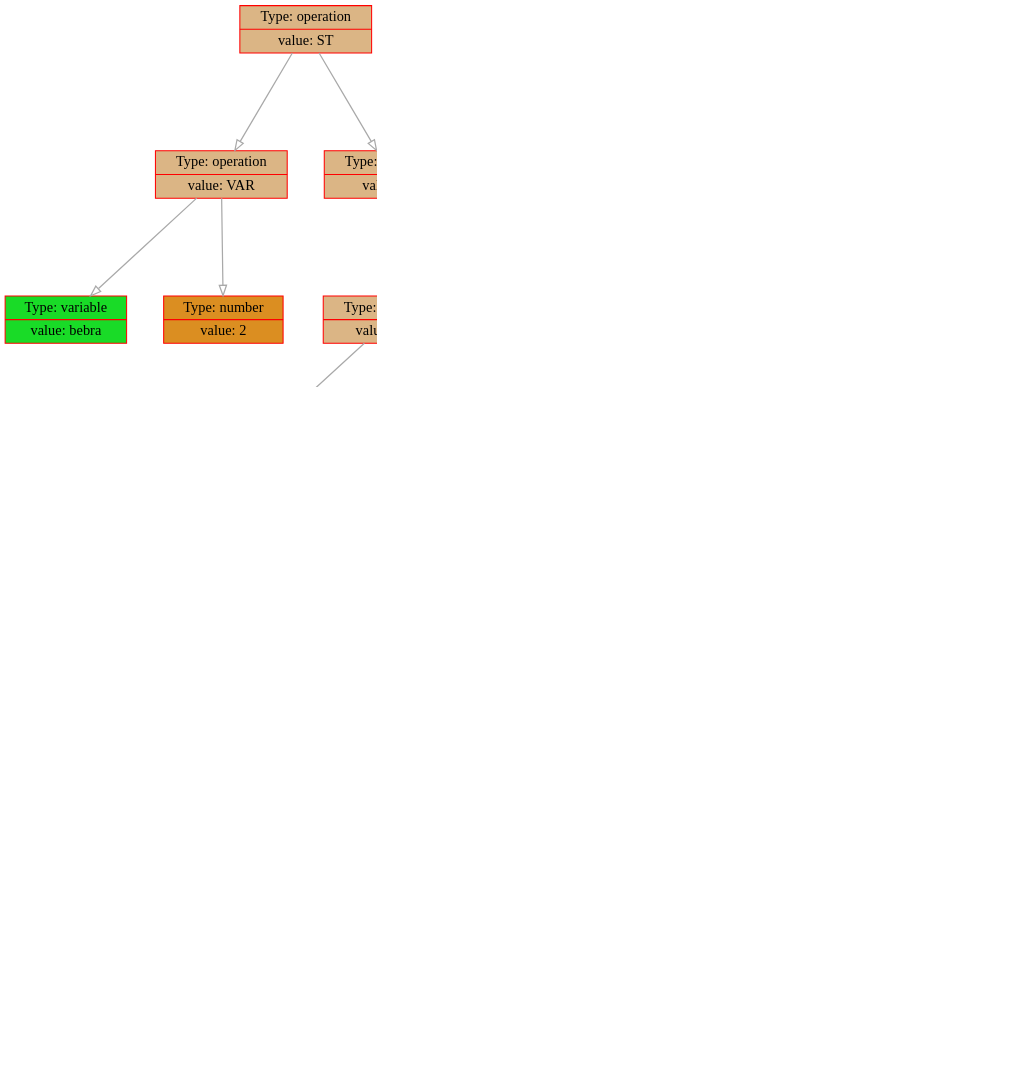
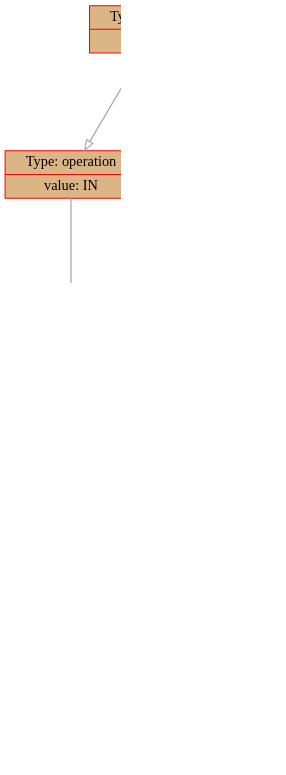
One commit to dodokek/ProgrammingLanguage changed the diagram in frontend/data/graph.dot. Above: the diagram before and after it, drawn with Graphviz. The commit also changed 12 other files, not shown here.

```diff
--- a/frontend/data/graph.dot
+++ b/frontend/data/graph.dot
@@ -1,76 +1,40 @@
 
     digraph g {
         dpi      = 200;
         fontname = "Comic Sans MS";
         fontsize = 20;
         rankdir   =  TB;
         edge [color = darkgrey, arrowhead = onormal, arrowsize = 1, penwidth = 1.2]
         graph[fillcolor = lightgreen, ranksep = 1.3, nodesep = 0.5,
         style = "rounded, filled",color = green, penwidth = 2]
 
-    Node000001d76f318520[shape=record, width=0.2, style="filled", color="red", fillcolor="#DBB585",label=" {Type: operation | value: ST}"] 
+    Node0000022dbcd67f80[shape=record, width=0.2, style="filled", color="red", fillcolor="#DBB585",label=" {Type: operation | value: ST}"] 
  
-Node000001d76f317610[shape=record, width=0.2, style="filled", color="red", fillcolor="#DBB585",label=" {Type: operation | value: VAR}"] 
+Node0000022dbcd67e60[shape=record, width=0.2, style="filled", color="red", fillcolor="#DBB585",label=" {Type: operation | value: IN}"] 
  
-Node000001d76f3175b0[shape=record, width=0.2, style="filled", color="red", fillcolor="#19DB27",label=" {Type: variable | value: bebra}"] 
+Node0000022dbcd67e30[shape=record, width=0.2, style="filled", color="red", fillcolor="#DBB585",label=" {Type: operation | value: PARAM}"] 
  
-Node000001d76f3175e0[shape=record, width=0.2, style="filled", color="red", fillcolor="#DB8E21",label=" {Type: number | value: 2}"] 
+Node0000022dbcd67e00[shape=record, width=0.2, style="filled", color="red", fillcolor="#DBB585",label=" {Type: operation | value: VAR}"] 
  
-Node000001d76f3183d0[shape=record, width=0.2, style="filled", color="red", fillcolor="#DBB585",label=" {Type: operation | value: ST}"] 
+Node0000022dbcd675b0[shape=record, width=0.2, style="filled", color="red", fillcolor="#19DB27",label=" {Type: variable | value: kek}"] 
  
-Node000001d76f318110[shape=record, width=0.2, style="filled", color="red", fillcolor="#DBB585",label=" {Type: operation | value: VAR}"] 
+Node0000022dbcd67f50[shape=record, width=0.2, style="filled", color="red", fillcolor="#DBB585",label=" {Type: operation | value: ST}"] 
  
-Node000001d76f317640[shape=record, width=0.2, style="filled", color="red", fillcolor="#19DB27",label=" {Type: variable | value: kok}"] 
+Node0000022dbcd67f20[shape=record, width=0.2, style="filled", color="red", fillcolor="#DBB585",label=" {Type: operation | value: OUT}"] 
  
-Node000001d76f3180e0[shape=record, width=0.2, style="filled", color="red", fillcolor="#DB8E21",label=" {Type: number | value: 2}"] 
+Node0000022dbcd67ef0[shape=record, width=0.2, style="filled", color="red", fillcolor="#DBB585",label=" {Type: operation | value: PARAM}"] 
  
-Node000001d76f318490[shape=record, width=0.2, style="filled", color="red", fillcolor="#DBB585",label=" {Type: operation | value: ST}"] 
+Node0000022dbcd67ec0[shape=record, width=0.2, style="filled", color="red", fillcolor="#DBB585",label=" {Type: operation | value: VAR}"] 
  
-Node000001d76f318430[shape=record, width=0.2, style="filled", color="red", fillcolor="#DBB585",label=" {Type: operation | value: VAR}"] 
+Node0000022dbcd67e90[shape=record, width=0.2, style="filled", color="red", fillcolor="#19DB27",label=" {Type: variable | value: kek}"] 
  
-Node000001d76f318140[shape=record, width=0.2, style="filled", color="red", fillcolor="#19DB27",label=" {Type: variable | value: saker}"] 
- 
-Node000001d76f3184f0[shape=record, width=0.2, style="filled", color="red", fillcolor="#DB8E21",label=" {Type: number | value: 2}"] 
- 
-Node000001d76f3182b0[shape=record, width=0.2, style="filled", color="red", fillcolor="#DBB585",label=" {Type: operation | value: ST}"] 
- 
-Node000001d76f3184c0[shape=record, width=0.2, style="filled", color="red", fillcolor="#DBB585",label=" {Type: operation | value: IF}"] 
- 
-Node000001d76f318370[shape=record, width=0.2, style="filled", color="red", fillcolor="#DBB585",label=" {Type: operation | value: IS_EE}"] 
- 
-Node000001d76f318280[shape=record, width=0.2, style="filled", color="red", fillcolor="#19DB27",label=" {Type: variable | value: bebra}"] 
- 
-Node000001d76f3181c0[shape=record, width=0.2, style="filled", color="red", fillcolor="#19DB27",label=" {Type: variable | value: saker}"] 
- 
-Node000001d76f318400[shape=record, width=0.2, style="filled", color="red", fillcolor="#DBB585",label=" {Type: operation | value: ELSE}"] 
- 
-Node000001d76f318310[shape=record, width=0.2, style="filled", color="red", fillcolor="#DBB585",label=" {Type: operation | value: ST}"] 
- 
-Node000001d76f318460[shape=record, width=0.2, style="filled", color="red", fillcolor="#DB8E21",label=" {Type: number | value: 2}"] 
- 
-Node000001d76f318220[shape=record, width=0.2, style="filled", color="red", fillcolor="#DBB585",label=" {Type: operation | value: ST}"] 
- 
-Node000001d76f3181f0[shape=record, width=0.2, style="filled", color="red", fillcolor="#DB8E21",label=" {Type: number | value: 3}"] 
- 
-Node000001d76f318520->Node000001d76f317610
-Node000001d76f317610->Node000001d76f3175b0
-Node000001d76f317610->Node000001d76f3175e0
-Node000001d76f318520->Node000001d76f3183d0
-Node000001d76f3183d0->Node000001d76f318110
-Node000001d76f318110->Node000001d76f317640
-Node000001d76f318110->Node000001d76f3180e0
-Node000001d76f3183d0->Node000001d76f318490
-Node000001d76f318490->Node000001d76f318430
-Node000001d76f318430->Node000001d76f318140
-Node000001d76f318430->Node000001d76f3184f0
-Node000001d76f318490->Node000001d76f3182b0
-Node000001d76f3182b0->Node000001d76f3184c0
-Node000001d76f3184c0->Node000001d76f318370
-Node000001d76f318370->Node000001d76f318280
-Node000001d76f318370->Node000001d76f3181c0
-Node000001d76f3184c0->Node000001d76f318400
-Node000001d76f318400->Node000001d76f318310
-Node000001d76f318310->Node000001d76f318460
-Node000001d76f318400->Node000001d76f318220
-Node000001d76f318220->Node000001d76f3181f0
+Node0000022dbcd67f80->Node0000022dbcd67e60
+Node0000022dbcd67e60->Node0000022dbcd67e30
+Node0000022dbcd67e30->Node0000022dbcd67e00
+Node0000022dbcd67e00->Node0000022dbcd675b0
+Node0000022dbcd67f80->Node0000022dbcd67f50
+Node0000022dbcd67f50->Node0000022dbcd67f20
+Node0000022dbcd67f20->Node0000022dbcd67ef0
+Node0000022dbcd67ef0->Node0000022dbcd67ec0
+Node0000022dbcd67ec0->Node0000022dbcd67e90
 }
```
